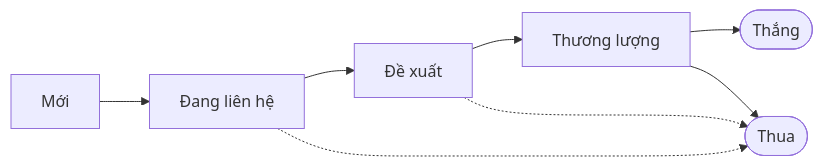
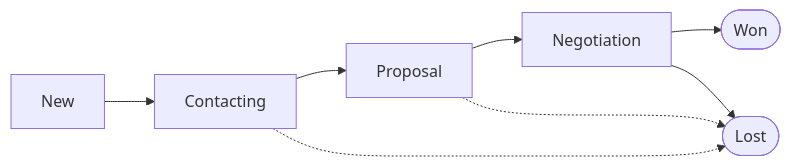
Before and after one commit to sunflynf/web-notes: the first of 3 diagrams in projects/minicrm.mdx, drawn with Mermaid. The commit also changed other lines of this file and 33 other files, not shown here.

````diff
--- a/projects/minicrm.mdx
+++ b/projects/minicrm.mdx
@@ -27,7 +27,7 @@
 ```mermaid
 flowchart LR
-  A[Mới] --> B[Đang liên hệ] --> C[Đề xuất] --> D[Thương lượng]
-  D --> W([Thắng])
-  D --> L([Thua])
+  A[New] --> B[Contacting] --> C[Proposal] --> D[Negotiation]
+  D --> W([Won])
+  D --> L([Lost])
   B & C -.-> L
 ```
````
